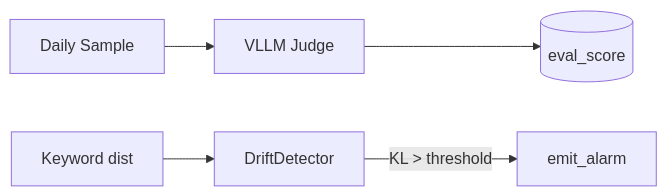
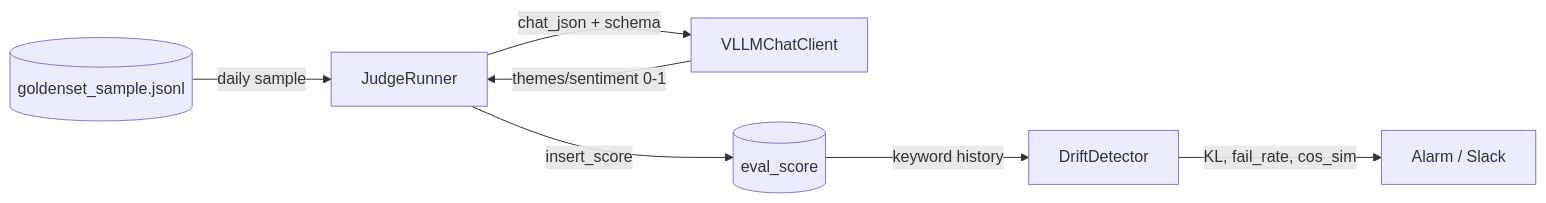
One commit to kakao4-KAKAMU/KAKAMU_DE changed the diagram in docs/llm_judge.md. Above: the diagram before and after it, drawn with Mermaid. The commit also changed other lines of this file and 12 other files, not shown here.

Commit message:
feat: LLM judge with eval_score_store and AliasChoices settings

````diff
--- a/docs/llm_judge.md
+++ b/docs/llm_judge.md
@@ -3,7 +7,16 @@
 ```mermaid
 flowchart LR
-    Sample[Daily Sample] --> Judge[VLLM Judge]
-    Judge --> PG[(eval_score)]
-    Keywords[Keyword dist] --> Drift[DriftDetector]
-    Drift -->|KL > threshold| Alarm[emit_alarm]
+    GS[(goldenset_sample.jsonl)]
+    JR[JudgeRunner]
+    VLLM[VLLMChatClient]
+    PG[(eval_score)]
+    DD[DriftDetector]
+    AL[Alarm / Slack]
+
+    GS -->|daily sample| JR
+    JR -->|chat_json + schema| VLLM
+    VLLM -->|themes/sentiment 0-1| JR
+    JR -->|insert_score| PG
+    PG -->|keyword history| DD
+    DD -->|KL, fail_rate, cos_sim| AL
 ```
````
